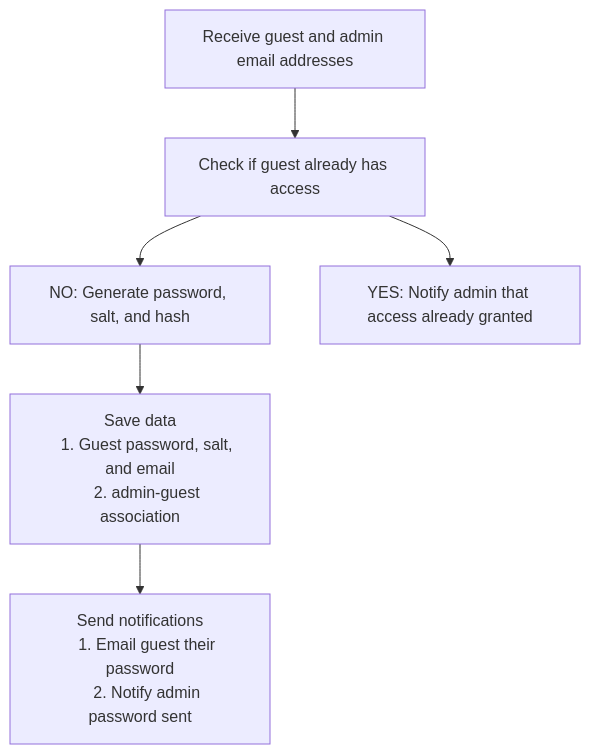
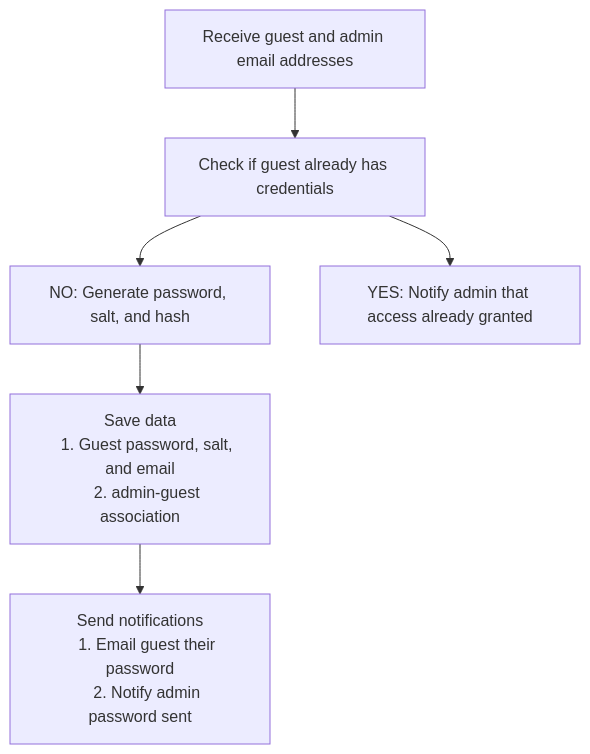
One commit to IIP-Design/commons-gateway changed the first of 2 diagrams in README.md. Above: the diagram before and after it, drawn with Mermaid. The commit also changed other lines of this file and 3 other files, not shown here.

````diff
--- a/README.md
+++ b/README.md
@@ -9,18 +9,18 @@
 ```mermaid
 flowchart TD
   A[Receive guest and admin email addresses]
-  B[Check if guest already has access]
+  B[Check if guest already has credentials]
   A --> B
   C[NO: Generate password, salt, and hash]
   D[YES: Notify admin that access already granted]
   B --> C
   B --> D
   E["Save data
     1. Guest password, salt, and email
     2. admin-guest association"]
   F["Send notifications
     1. Email guest their password
     2. Notify admin password sent"]
   C --> E
   E --> F
 ```
````
